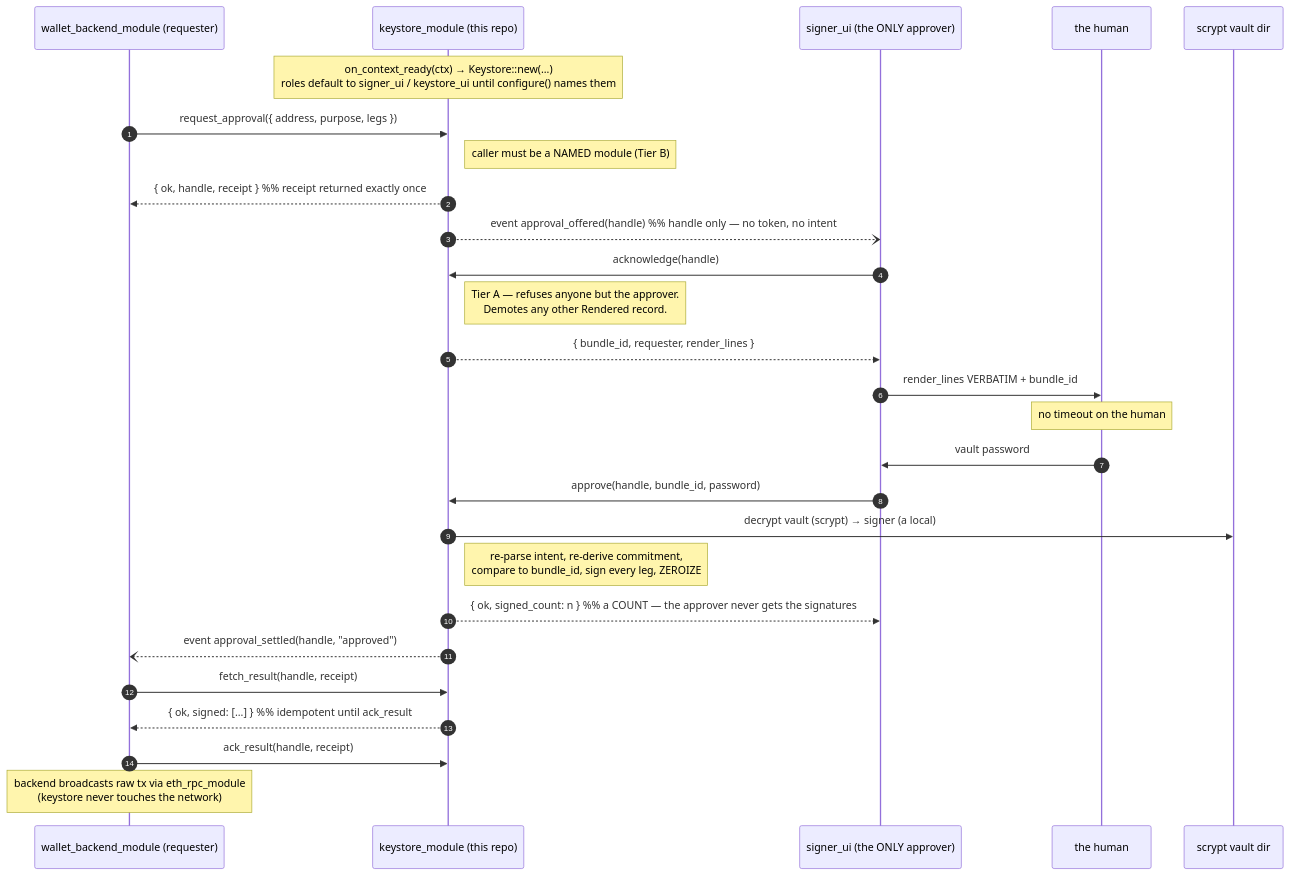
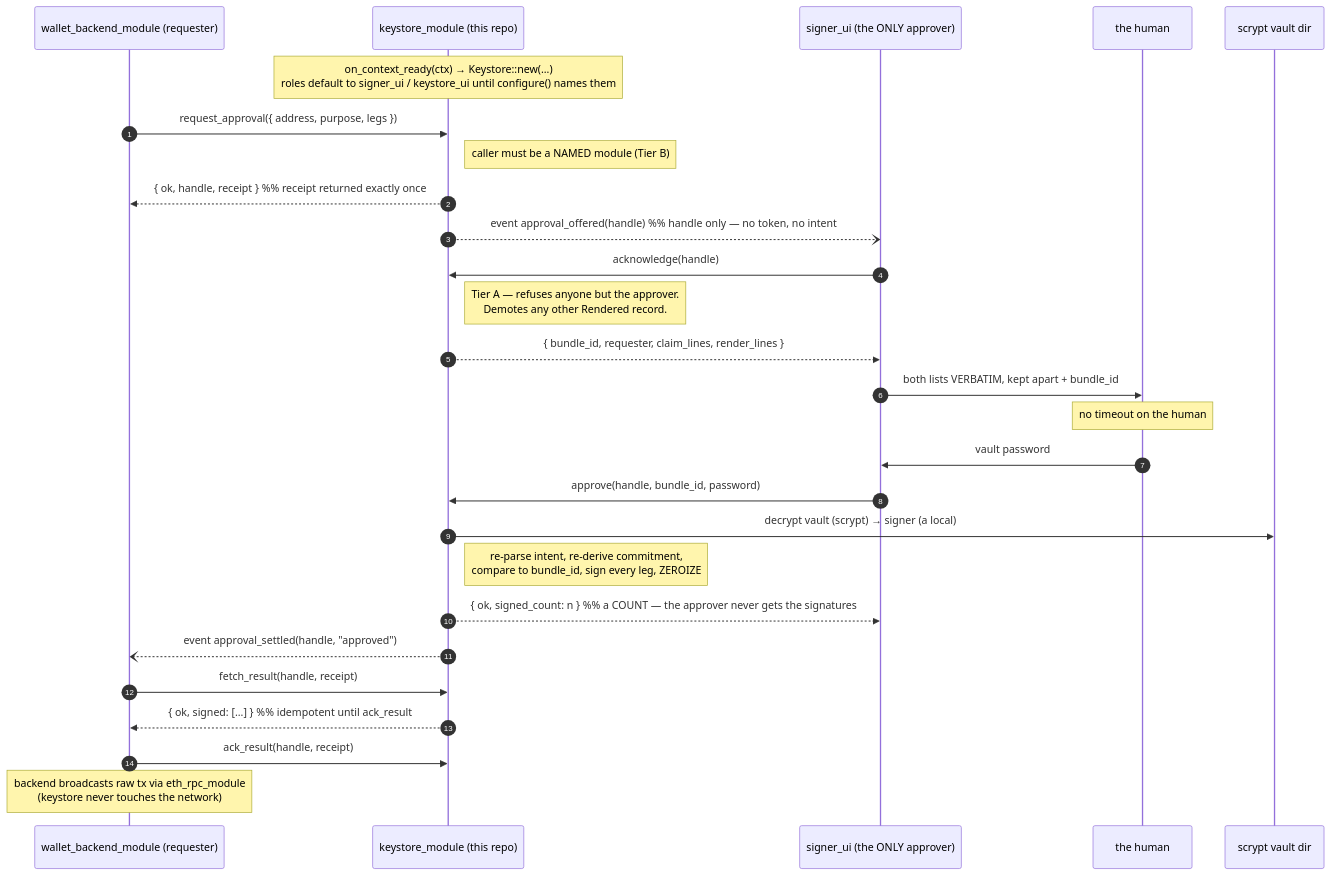
One commit to logos-co/logos-evm-keystore-module changed the second of 2 diagrams in docs/specs.md. Above: the diagram before and after it, drawn with Mermaid. The commit also changed other lines of this file and 2 other files, not shown here.

First line of the commit message:
feat(keystore): hand the approver the requester's claim as its own list (#10)

````diff
--- a/docs/specs.md
+++ b/docs/specs.md
@@ -131,35 +131,35 @@
 ```mermaid
 sequenceDiagram
     autonumber
     participant BE as wallet_backend_module (requester)
     participant KS as keystore_module (this repo)
     participant SU as signer_ui (the ONLY approver)
     participant H as the human
     participant DISK as scrypt vault dir
 
     Note over KS: on_context_ready(ctx) → Keystore::new(...)<br/>roles default to signer_ui / keystore_ui until configure() names them
 
     BE->>KS: request_approval({ address, purpose, legs })
     Note right of KS: caller must be a NAMED module (Tier B)
     KS-->>BE: { ok, handle, receipt }   %% receipt returned exactly once
     KS--)SU: event approval_offered(handle)   %% handle only — no token, no intent
 
     SU->>KS: acknowledge(handle)
     Note right of KS: Tier A — refuses anyone but the approver.<br/>Demotes any other Rendered record.
-    KS-->>SU: { bundle_id, requester, render_lines }
-    SU->>H: render_lines VERBATIM + bundle_id
+    KS-->>SU: { bundle_id, requester, claim_lines, render_lines }
+    SU->>H: both lists VERBATIM, kept apart + bundle_id
     Note over H: no timeout on the human
 
     H->>SU: vault password
     SU->>KS: approve(handle, bundle_id, password)
     KS->>DISK: decrypt vault (scrypt) → signer (a local)
     Note right of KS: re-parse intent, re-derive commitment,<br/>compare to bundle_id, sign every leg, ZEROIZE
     KS-->>SU: { ok, signed_count: n }   %% a COUNT — the approver never gets the signatures
     KS--)BE: event approval_settled(handle, "approved")
 
     BE->>KS: fetch_result(handle, receipt)
     KS-->>BE: { ok, signed: [...] }   %% idempotent until ack_result
     BE->>KS: ack_result(handle, receipt)
 
     Note over BE: backend broadcasts raw tx via eth_rpc_module<br/>(keystore never touches the network)
 ```
````
